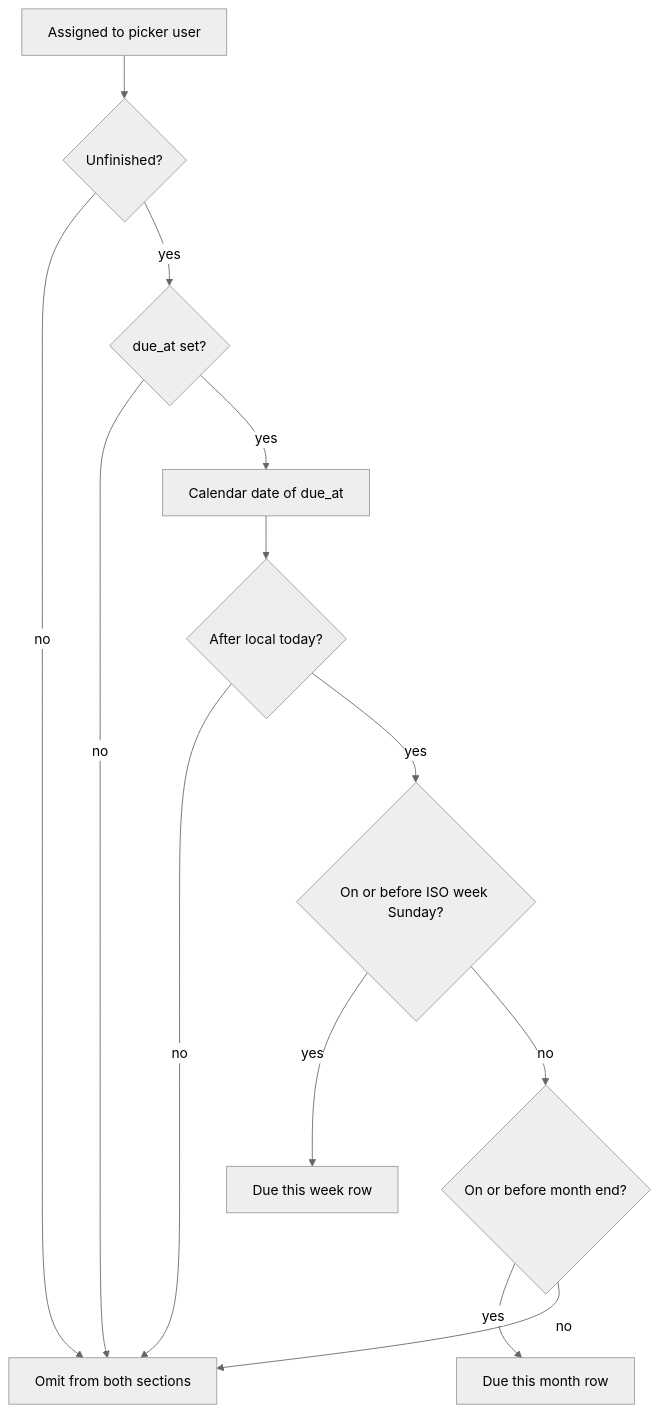
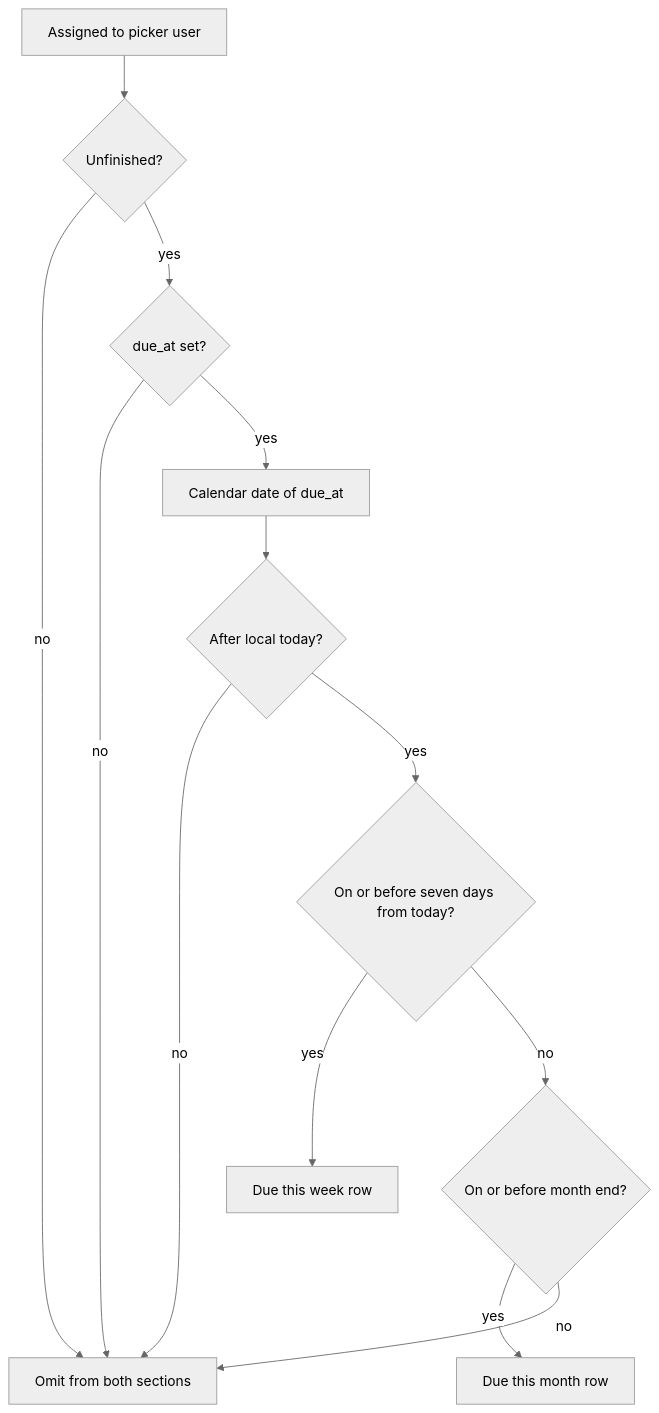
One commit to Mathotics/Keel changed the diagram in docs/adr/due-this-week-and-due-this-month-home-panels.md. Above: the diagram before and after it, drawn with Mermaid (neutral theme). The commit also changed other lines of this file and 4 other files, not shown here.

Commit message:
KEEL-51 Show issues due within the next seven days on Due this week.

````diff
--- a/docs/adr/due-this-week-and-due-this-month-home-panels.md
+++ b/docs/adr/due-this-week-and-due-this-month-home-panels.md
@@ -83,25 +85,25 @@
 ```mermaid
 flowchart TD
   assigned[Assigned to picker user]
   open{Unfinished?}
   dated{due_at set?}
   day[Calendar date of due_at]
   afterToday{After local today?}
-  week{On or before ISO week Sunday?}
+  week{On or before seven days from today?}
   month{On or before month end?}
   showWeek[Due this week row]
   showMonth[Due this month row]
   skip[Omit from both sections]
   assigned --> open
   open -->|no| skip
   open -->|yes| dated
   dated -->|no| skip
   dated -->|yes| day
   day --> afterToday
   afterToday -->|no| skip
   afterToday -->|yes| week
   week -->|yes| showWeek
   week -->|no| month
   month -->|yes| showMonth
   month -->|no| skip
 ```
````
